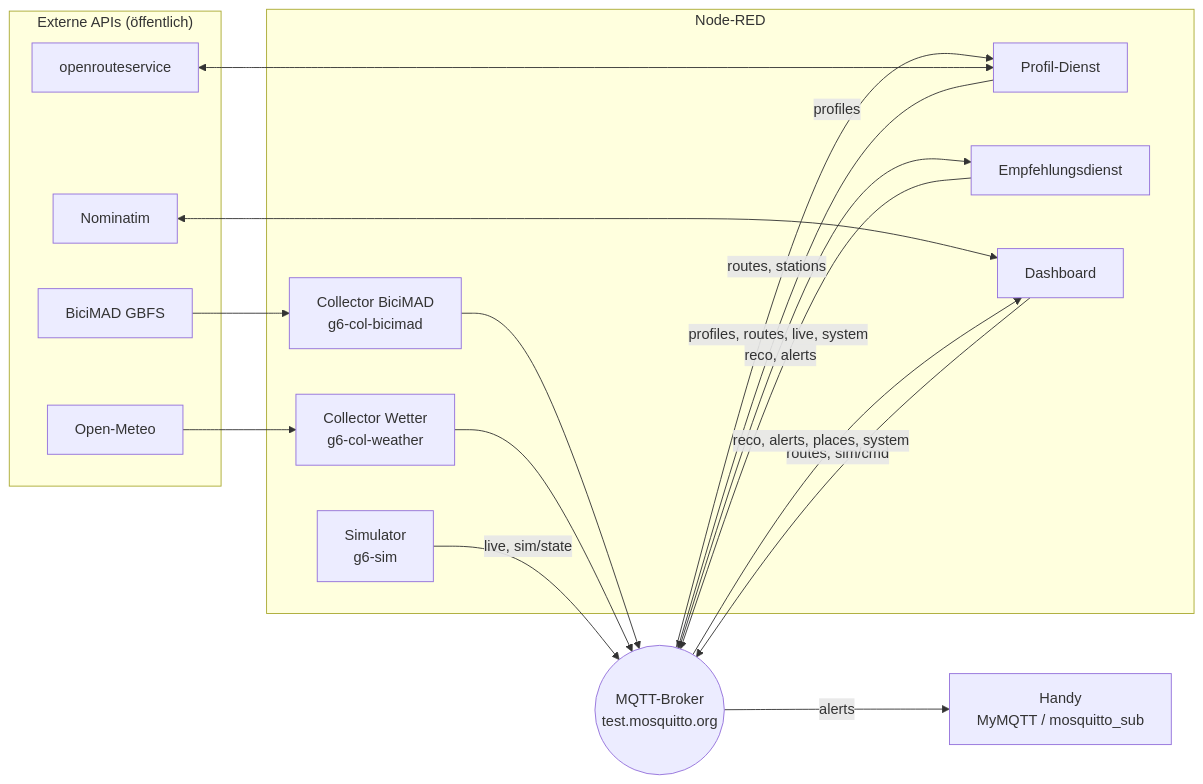
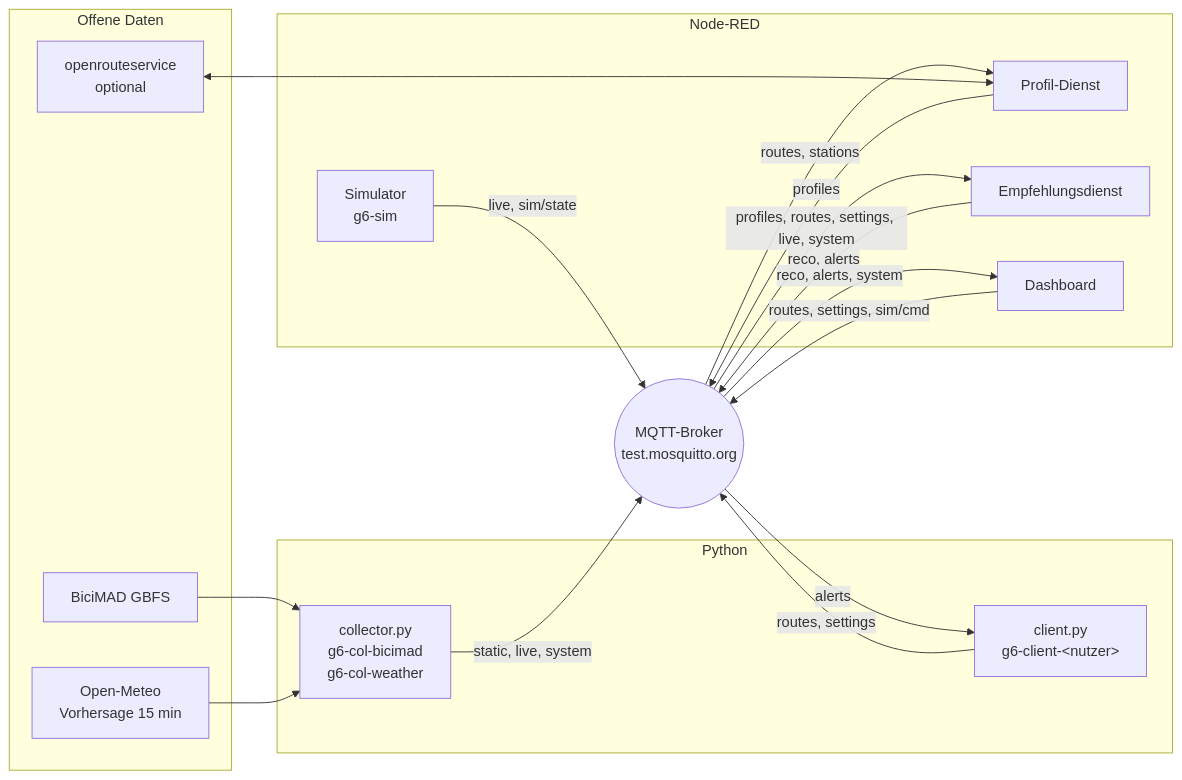
The diagram in README.md (gabninos/madrid-move), drawn with Mermaid before and after one commit. The commit also changed other lines of this file and 11 other files, not shown here.

````diff
--- a/README.md
+++ b/README.md
@@ -13,32 +17,33 @@
 ```mermaid
 flowchart LR
-  subgraph Quellen["Externe APIs (öffentlich)"]
+  subgraph APIs["Offene Daten"]
     GBFS[BiciMAD GBFS]
-    OM[Open-Meteo]
-    ORS[openrouteservice]
-    NOM[Nominatim]
+    OM[Open-Meteo<br/>Vorhersage 15 min]
+    ORS[openrouteservice<br/>optional]
+  end
+  subgraph PY["Python"]
+    COL[collector.py<br/>g6-col-bicimad<br/>g6-col-weather]
+    CLI[client.py<br/>g6-client-&lt;nutzer&gt;]
   end
   subgraph NR["Node-RED"]
-    CB[Collector BiciMAD<br/>g6-col-bicimad]
-    CW[Collector Wetter<br/>g6-col-weather]
-    SIM[Simulator<br/>g6-sim]
     PD[Profil-Dienst]
     RE[Empfehlungsdienst]
     DB[Dashboard]
+    SIM[Simulator<br/>g6-sim]
   end
   BR((MQTT-Broker<br/>test.mosquitto.org))
-  H[Handy<br/>MyMQTT / mosquitto_sub]
 
-  GBFS --> CB --> BR
-  OM --> CW --> BR
-  SIM -- live, sim/state --> BR
-  NOM <--> DB
-  DB -- routes, sim/cmd --> BR
+  GBFS --> COL
+  OM --> COL
+  COL -- static, live, system --> BR
+  CLI -- routes, settings --> BR
+  BR -- alerts --> CLI
   BR -- routes, stations --> PD
   ORS <--> PD
   PD -- profiles --> BR
-  BR -- profiles, routes, live, system --> RE
+  BR -- profiles, routes, settings, live, system --> RE
   RE -- reco, alerts --> BR
-  BR -- reco, alerts, places, system --> DB
-  BR -- alerts --> H
+  BR -- reco, alerts, system --> DB
+  DB -- routes, settings, sim/cmd --> BR
+  SIM -- live, sim/state --> BR
 ```
````
